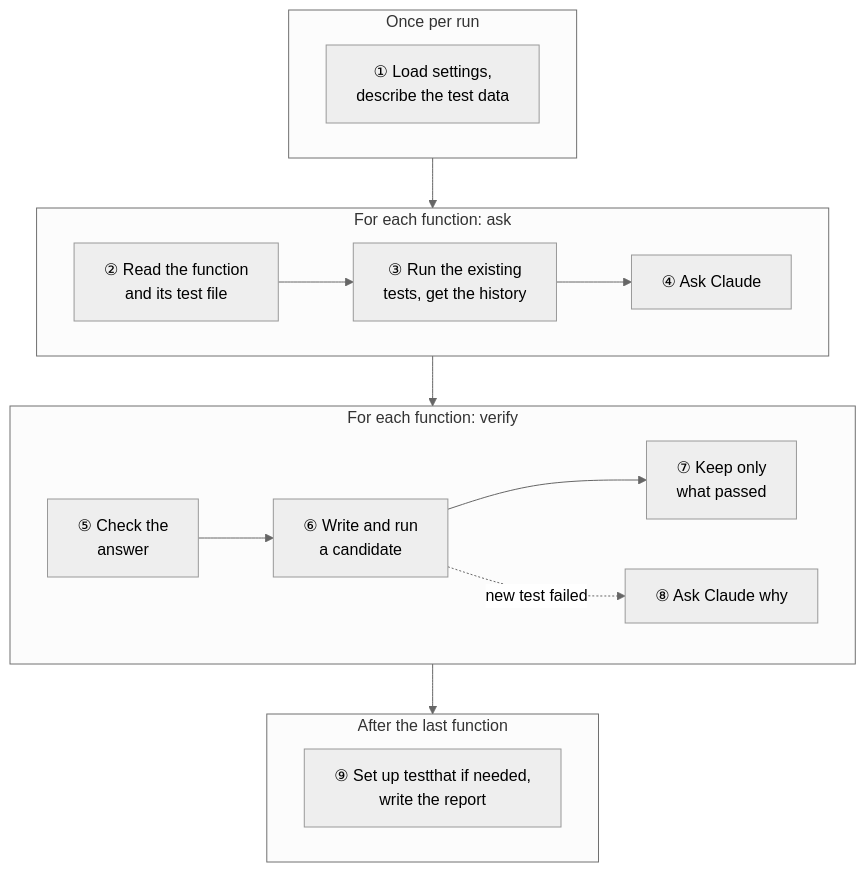
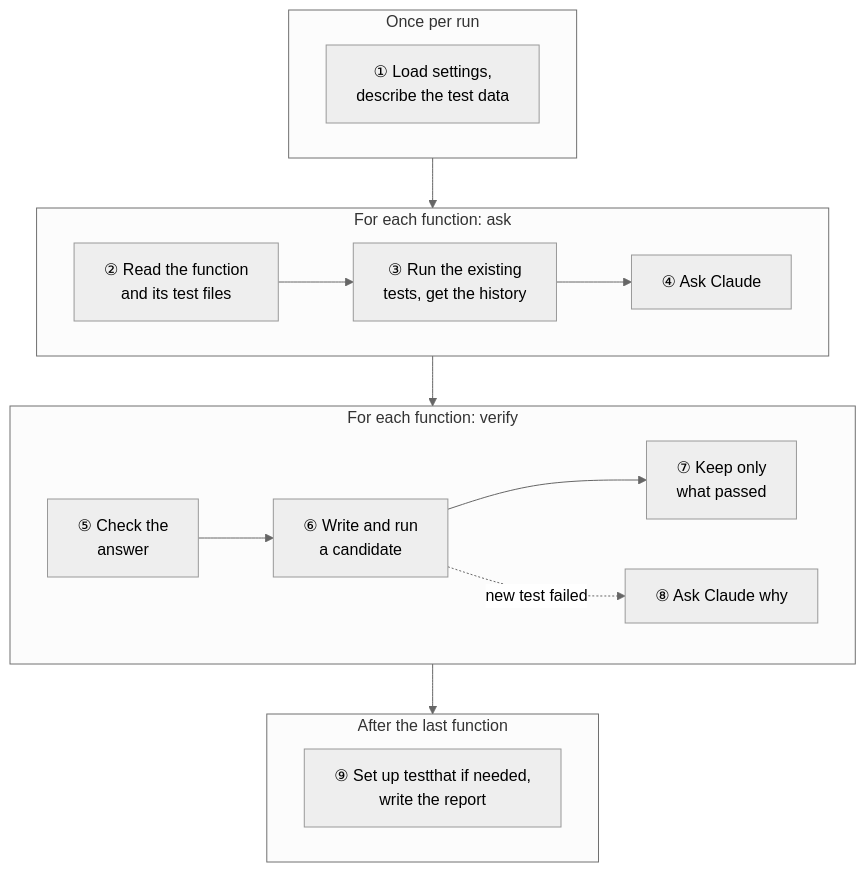
Before and after one commit to FlorianSchw/package-workflows: the diagram in docs/suggestions-internals-tests.qmd, drawn with Mermaid (neutral theme). The commit also changed other lines of this file and 32 other files, not shown here.

````diff
--- a/docs/suggestions-internals-tests.qmd
+++ b/docs/suggestions-internals-tests.qmd
@@ -12,21 +12,21 @@
 ```{mermaid}
 flowchart TD
   subgraph once ["Once per run"]
     cfg["① Load settings,<br/>describe the test data"]
   end
   subgraph prep ["For each function: ask"]
     direction LR
-    read["② Read the function<br/>and its test file"] --> base["③ Run the existing<br/>tests, get the history"]
+    read["② Read the function<br/>and its test files"] --> base["③ Run the existing<br/>tests, get the history"]
     base --> ask["④ Ask Claude"]
   end
   subgraph verify ["For each function: verify"]
     direction LR
     check["⑤ Check the<br/>answer"] --> cand["⑥ Write and run<br/>a candidate"]
     cand --> keep["⑦ Keep only<br/>what passed"]
     cand -. "new test failed" .-> classify["⑧ Ask Claude why"]
   end
   subgraph after ["After the last function"]
     fin["⑨ Set up testthat if needed,<br/>write the report"]
   end
   once --> prep --> verify --> after
 ```
````
